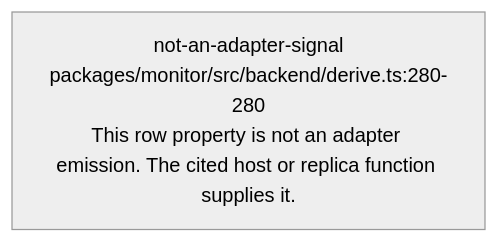
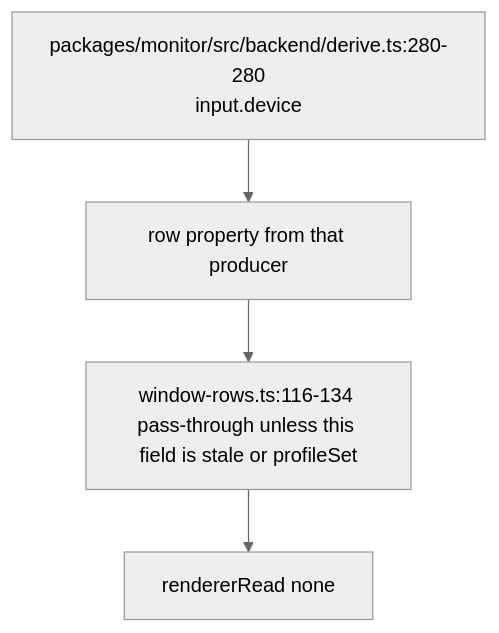
Before and after one commit to vibefield/puppeteer: the diagram in audit/godview/evidence/copilot/device.os.mmd, drawn with Mermaid (neutral theme). The commit also changed 630 other files, not shown here.

First line of the commit message:
Record source scope and field-domain reachability for first-half rows.

```diff
--- a/audit/godview/evidence/copilot/device.os.mmd
+++ b/audit/godview/evidence/copilot/device.os.mmd
@@ -1,5 +1,9 @@
 %% field: field.device.os
-%% adapter: copilot
-%% forensic: source-read 748d015a7e393112e0a91dad80111fdf5abe6583; not a live sample
+%% sourceScope: host-supplied
+%% staticPresence: always-on-row
+%% liveObserved: false
 flowchart TD
-  n0["not-an-adapter-signal\npackages/monitor/src/backend/derive.ts:280-280\nThis row property is not an adapter emission. The cited host or replica function supplies it."]
+  producer["packages/monitor/src/backend/derive.ts:280-280\ninput.device"]
+  producer --> row["row property from that producer"]
+  row --> window["window-rows.ts:116-134 pass-through unless this field is stale or profileSet"]
+  window --> reader["rendererRead none"]
```
